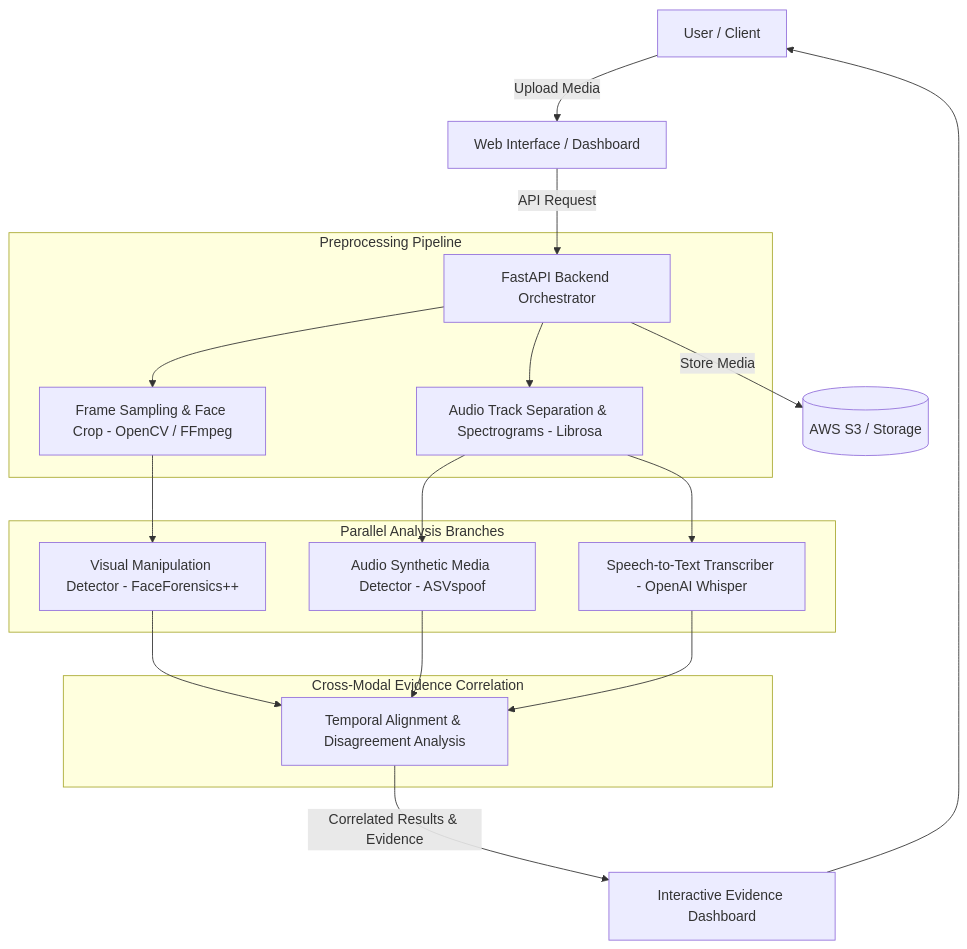
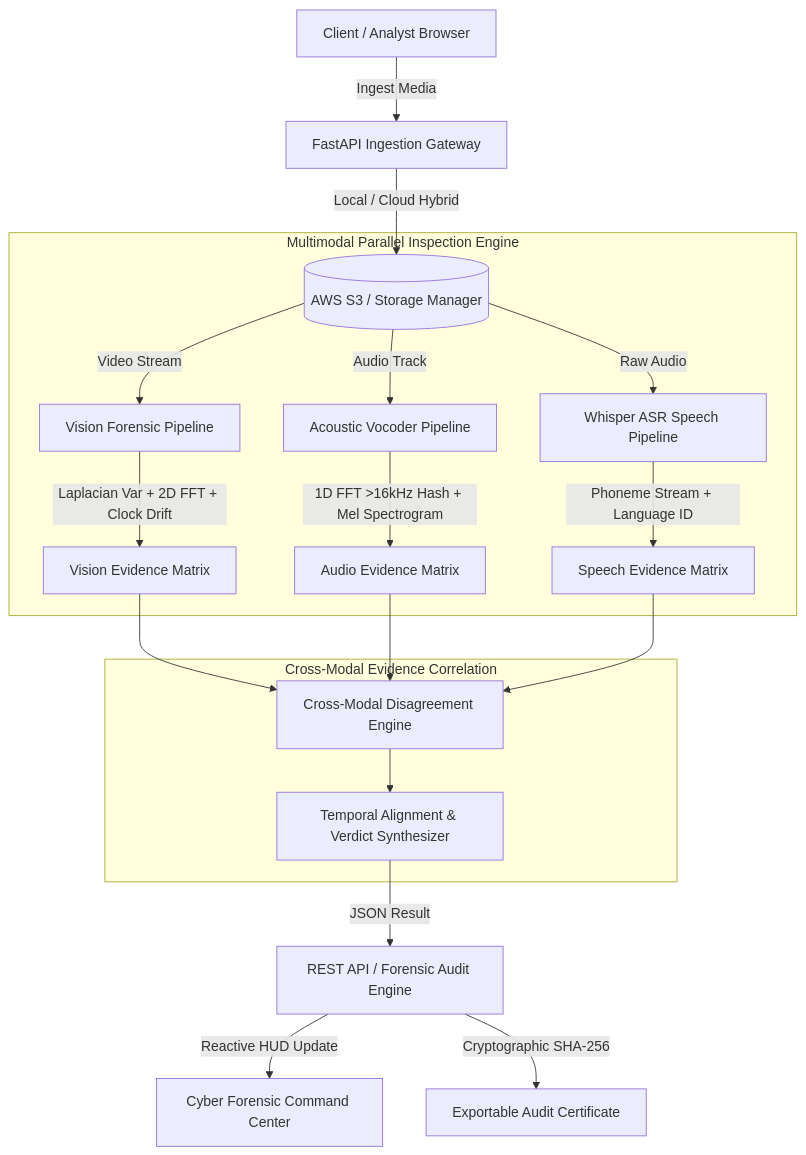
The diagram in README.md (MohanAbhishek29/DeepGuard_AI), drawn with Mermaid before and after one commit. The commit also changed other lines of this file, not shown here.

Commit message:
docs: overhaul README into enterprise-grade open-source forensic platform documentation

````diff
--- a/README.md
+++ b/README.md
@@ -38,26 +71,26 @@
 ```mermaid
 flowchart TD
-    A[User / Client] -->|Upload Media| B[Web Interface / Dashboard]
-    B -->|API Request| C[FastAPI Backend Orchestrator]
-    C -->|Store Media| D[(AWS S3 / Storage)]
+    Client[Client / Analyst Browser] -->|Ingest Media| Ingestion[FastAPI Ingestion Gateway]
+    Ingestion -->|Local / Cloud Hybrid| Storage[(AWS S3 / Storage Manager)]
     
-    subgraph Preprocessing [Preprocessing Pipeline]
-        C --> E[Frame Sampling & Face Crop - OpenCV / FFmpeg]
-        C --> F[Audio Track Separation & Spectrograms - Librosa]
+    subgraph Parallel Forensics [Multimodal Parallel Inspection Engine]
+        Storage -->|Video Stream| VisionPipe[Vision Forensic Pipeline]
+        Storage -->|Audio Track| AudioPipe[Acoustic Vocoder Pipeline]
+        Storage -->|Raw Audio| SpeechPipe[Whisper ASR Speech Pipeline]
+        
+        VisionPipe -->|Laplacian Var + 2D FFT + Clock Drift| VisionEvidence[Vision Evidence Matrix]
+        AudioPipe -->|1D FFT >16kHz Hash + Mel Spectrogram| AudioEvidence[Audio Evidence Matrix]
+        SpeechPipe -->|Phoneme Stream + Language ID| SpeechEvidence[Speech Evidence Matrix]
     end
     
-    subgraph Modalities [Parallel Analysis Branches]
-        E --> G[Visual Manipulation Detector - FaceForensics++]
-        F --> H[Audio Synthetic Media Detector - ASVspoof]
-        F --> I[Speech-to-Text Transcriber - OpenAI Whisper]
+    subgraph Correlation [Cross-Modal Evidence Correlation]
+        VisionEvidence --> FusionEngine[Cross-Modal Disagreement Engine]
+        AudioEvidence --> FusionEngine
+        SpeechEvidence --> FusionEngine
+        FusionEngine --> Decision[Temporal Alignment & Verdict Synthesizer]
     end
     
-    subgraph Fusion [Cross-Modal Evidence Correlation]
-        G --> J[Temporal Alignment & Disagreement Analysis]
-        H --> J
-        I --> J
-    end
-    
-    J -->|Correlated Results & Evidence| K[Interactive Evidence Dashboard]
-    K --> A
+    Decision -->|JSON Result| APIResponse[REST API / Forensic Audit Engine]
+    APIResponse -->|Reactive HUD Update| Dashboard[Cyber Forensic Command Center]
+    APIResponse -->|Cryptographic SHA-256| AuditJSON[Exportable Audit Certificate]
 ```
````
